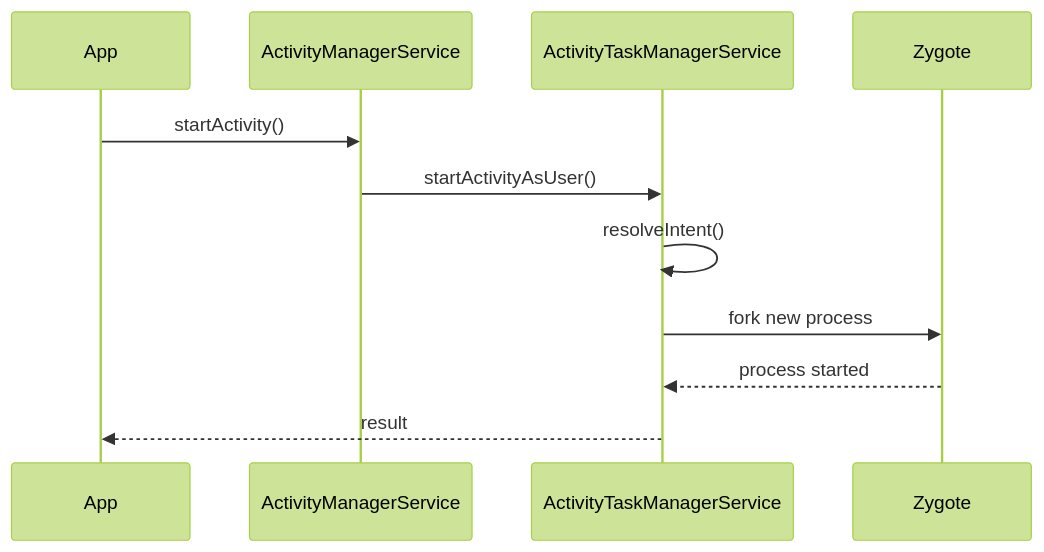
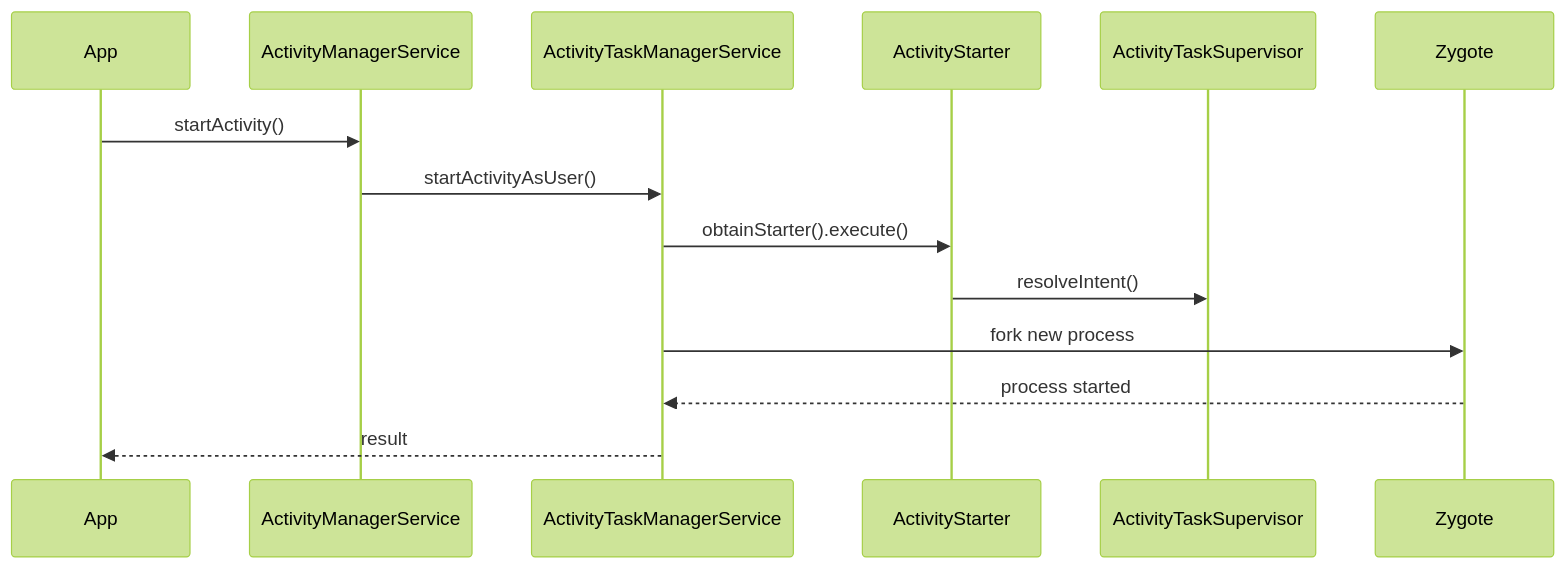
Before and after one commit to fwrite0920/aosp-internal-book: the third of 4 diagrams in 00-frontmatter-zh.md, drawn with Mermaid (forest theme). The commit also changed other lines of this file and 63 other files, not shown here.

````diff
--- a/00-frontmatter-zh.md
+++ b/00-frontmatter-zh.md
@@ -345,14 +344,17 @@
 ```mermaid
 sequenceDiagram
     participant App
     participant AMS as ActivityManagerService
     participant ATMS as ActivityTaskManagerService
+    participant AS as ActivityStarter
+    participant ATS as ActivityTaskSupervisor
     participant Zygote
 
     App->>AMS: startActivity()
     AMS->>ATMS: startActivityAsUser()
-    ATMS->>ATMS: resolveIntent()
+    ATMS->>AS: obtainStarter().execute()
+    AS->>ATS: resolveIntent()
     ATMS->>Zygote: fork new process
     Zygote-->>ATMS: process started
     ATMS-->>App: result
 ```
````
